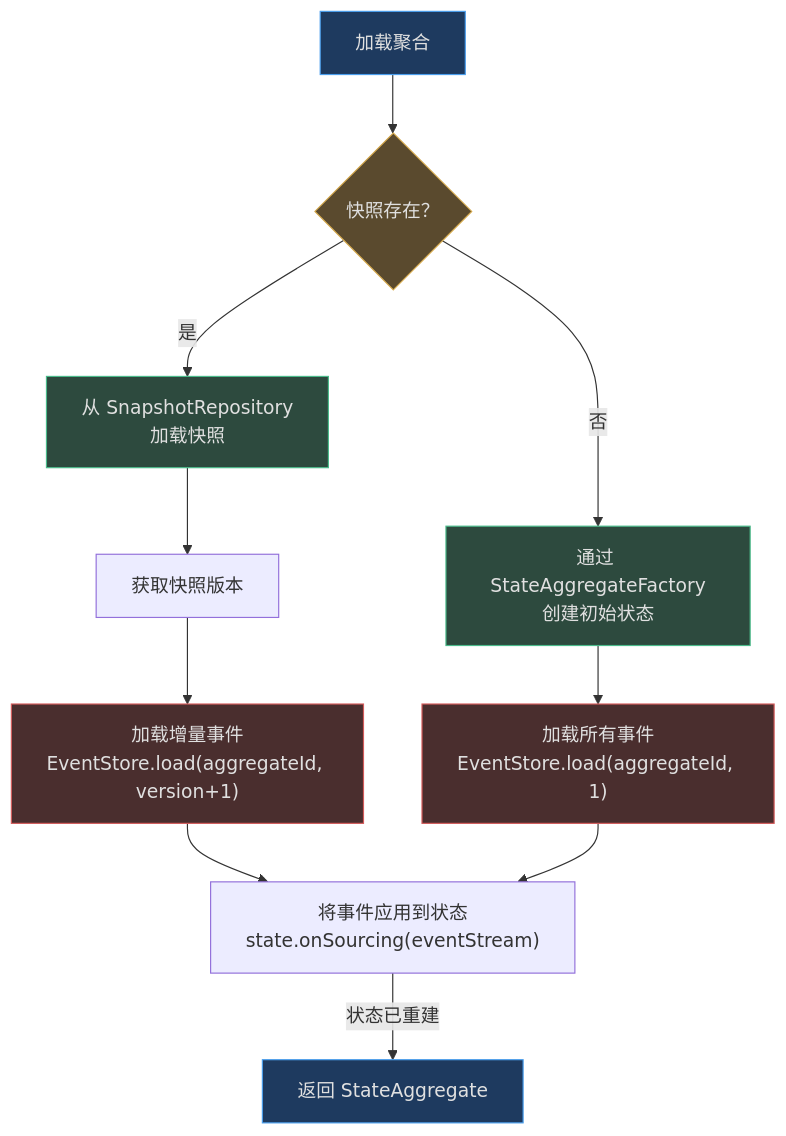
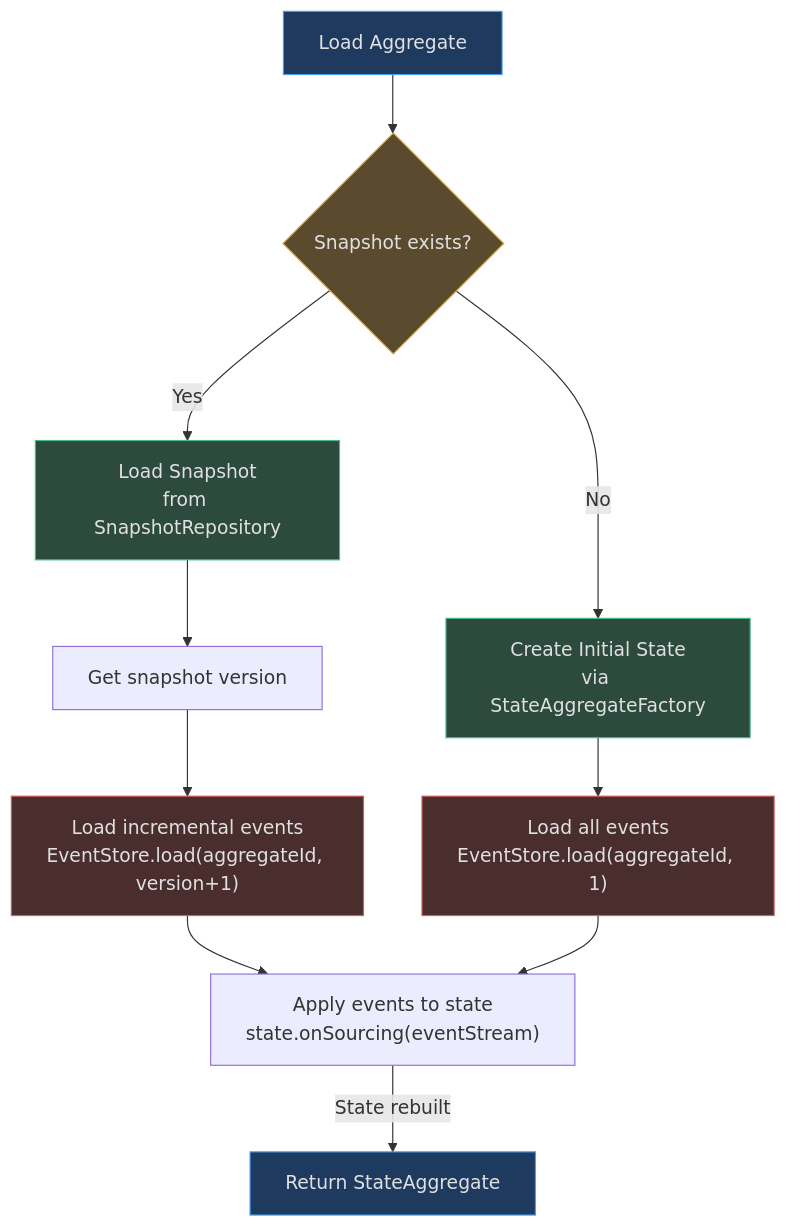
One commit to Ahoo-Wang/Wow changed the fifth of 6 diagrams in documentation/docs/zh/guide/advanced/architecture.md. Above: the diagram before and after it, drawn with Mermaid. The commit also changed other lines of this file and 79 other files, not shown here.

First line of the commit message:
docs: restructure documentation into three-layer progressive architecture

````diff
--- a/documentation/docs/zh/guide/advanced/architecture.md
+++ b/documentation/docs/zh/guide/advanced/architecture.md
@@ -271,20 +282,20 @@
 ```mermaid
 flowchart TD
-    A["加载聚合"] --> B{"快照存在？"}
-    B -->|"是"| C["从 SnapshotRepository<br>加载快照"]
-    B -->|"否"| D["通过 StateAggregateFactory<br>创建初始状态"]
-    C --> E["获取快照版本"]
-    E --> F["加载增量事件<br>EventStore.load(aggregateId, version+1)"]
-    D --> G["加载所有事件<br>EventStore.load(aggregateId, 1)"]
-    F --> H["将事件应用到状态<br>state.onSourcing(eventStream)"]
+    A["Load Aggregate"] --> B{"Snapshot exists?"}
+    B -->|"Yes"| C["Load Snapshot<br>from SnapshotRepository"]
+    B -->|"No"| D["Create Initial State<br>via StateAggregateFactory"]
+    C --> E["Get snapshot version"]
+    E --> F["Load incremental events<br>EventStore.load(aggregateId, version+1)"]
+    D --> G["Load all events<br>EventStore.load(aggregateId, 1)"]
+    F --> H["Apply events to state<br>state.onSourcing(eventStream)"]
     G --> H
-    H -- "状态已重建" --> I["返回 StateAggregate"]
+    H -- "State rebuilt" --> I["Return StateAggregate"]
 
     style A fill:#1e3a5f,stroke:#4a9eed,color:#e0e0e0
     style B fill:#5a4a2e,stroke:#d4a84b,color:#e0e0e0
     style C fill:#2d4a3e,stroke:#4aba8a,color:#e0e0e0
     style D fill:#2d4a3e,stroke:#4aba8a,color:#e0e0e0
     style F fill:#4a2e2e,stroke:#d45b5b,color:#e0e0e0
     style G fill:#4a2e2e,stroke:#d45b5b,color:#e0e0e0
     style I fill:#1e3a5f,stroke:#4a9eed,color:#e0e0e0
 ```
````
